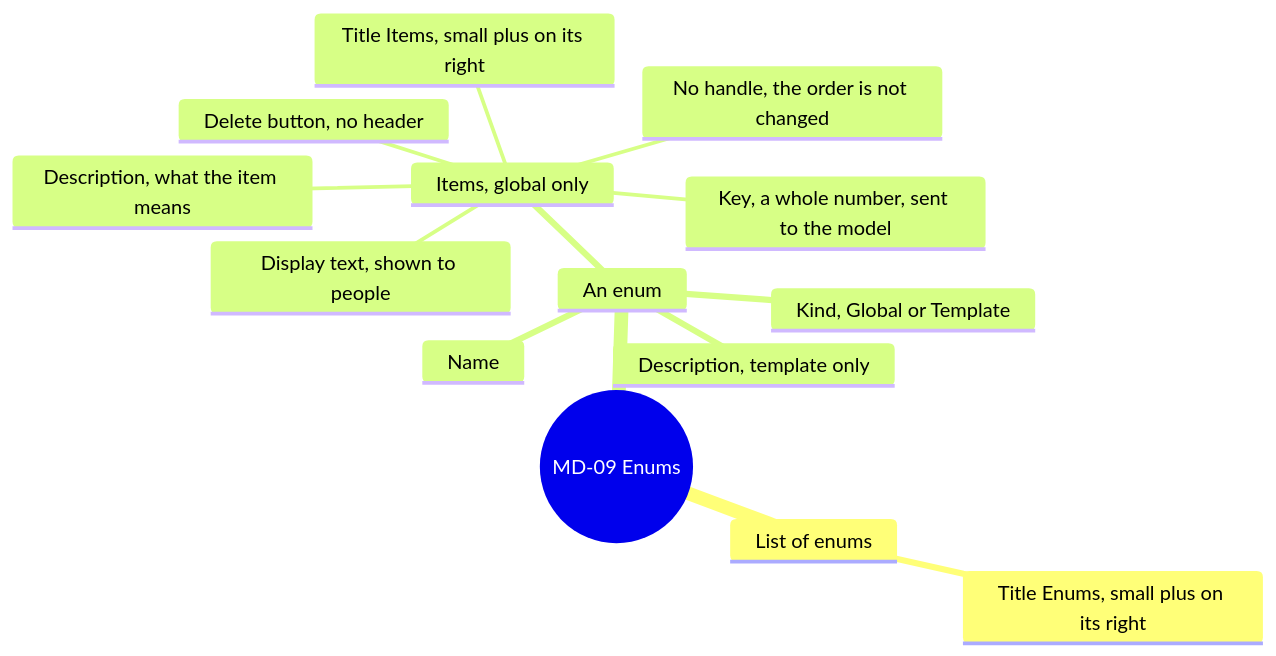
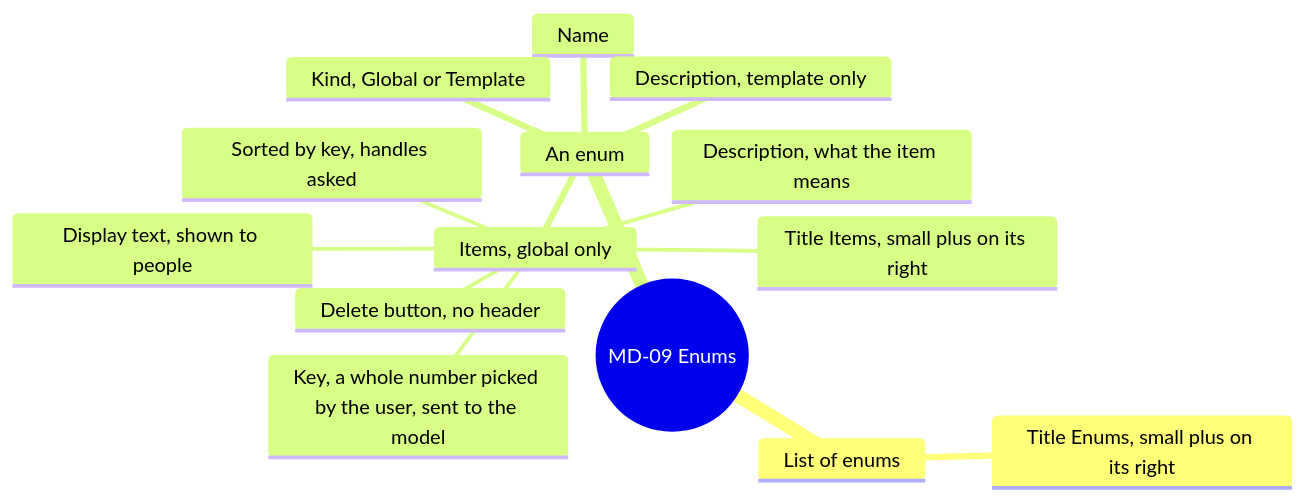
Before and after one commit to AlexandreGallais/synoptic-studio-spec: diagram 15 of 16 in screens/metadata.md, drawn with Mermaid. The commit also changed other lines of this file and 3 other files, not shown here.

````diff
--- a/screens/metadata.md
+++ b/screens/metadata.md
@@ -496,17 +496,17 @@
 ```mermaid
 mindmap
   root((MD-09 Enums))
     List of enums
       Title Enums, small plus on its right
     An enum
       Name
       Kind, Global or Template
       Description, template only
       Items, global only
         Title Items, small plus on its right
-        Key, a whole number, sent to the model
+        Key, a whole number picked by the user, sent to the model
         Display text, shown to people
         Description, what the item means
         Delete button, no header
-        No handle, the order is not changed
+        Sorted by key, handles asked
 ```
````
